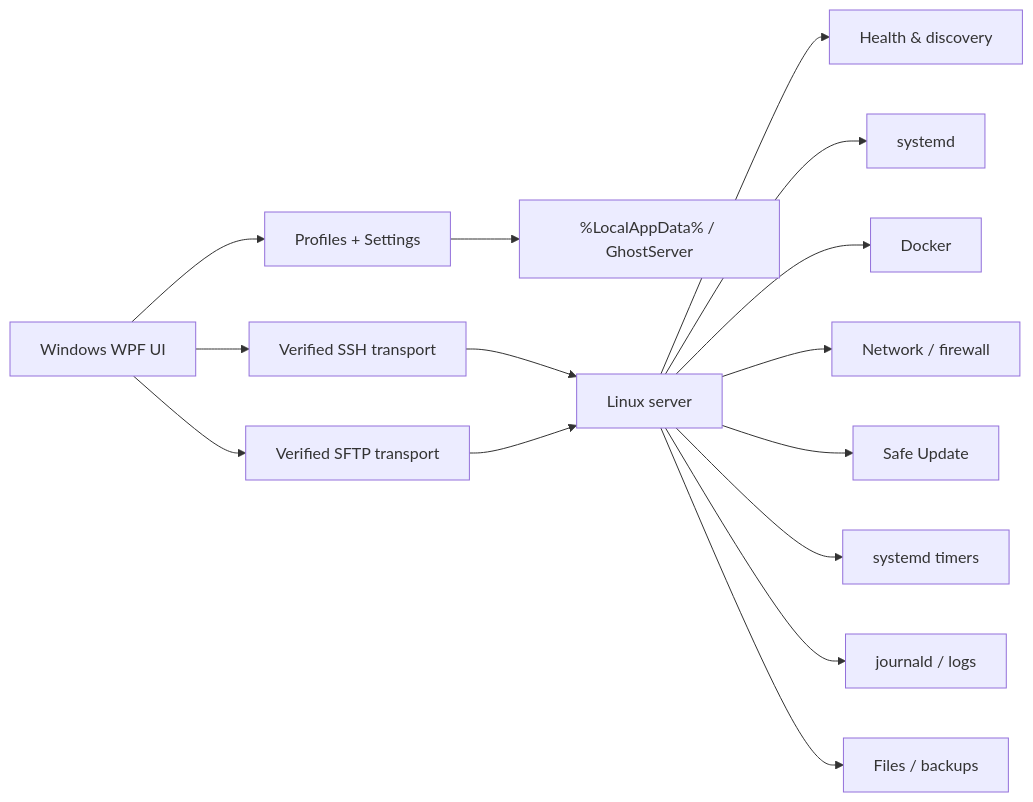
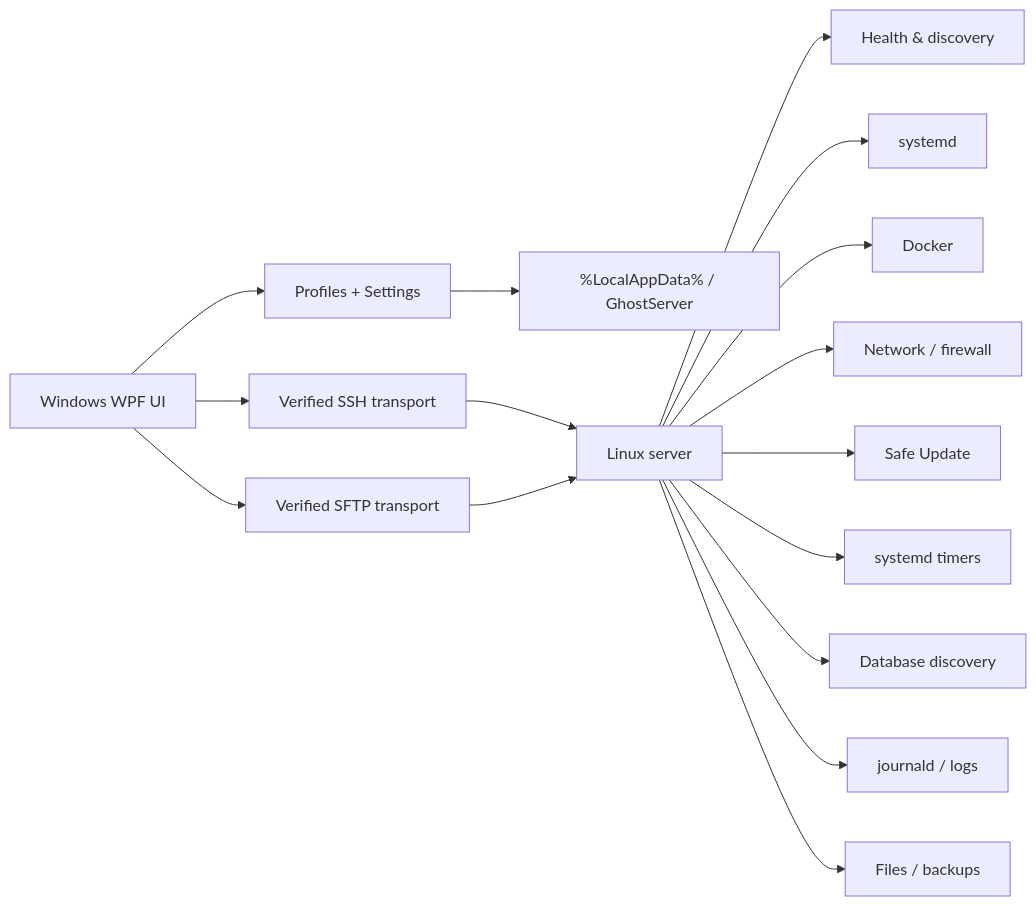
Before and after one commit to bren-wp/Ghost-Server: the diagram in README.md, drawn with Mermaid. The commit also changed other lines of this file and 10 other files, not shown here.

````diff
--- a/README.md
+++ b/README.md
@@ -178,19 +179,20 @@
 ```mermaid
 flowchart LR
     UI["Windows WPF UI"] --> Profiles["Profiles + Settings"]
     UI --> SSH["Verified SSH transport"]
     UI --> SFTP["Verified SFTP transport"]
 
     Profiles --> Local["%LocalAppData% / GhostServer"]
     SSH --> Linux["Linux server"]
     SFTP --> Linux
 
     Linux --> Health["Health & discovery"]
     Linux --> Services["systemd"]
     Linux --> Docker["Docker"]
     Linux --> Network["Network / firewall"]
     Linux --> Updates["Safe Update"]
     Linux --> Tasks["systemd timers"]
+    Linux --> Databases["Database discovery"]
     Linux --> Logs["journald / logs"]
     Linux --> Files["Files / backups"]
 ```
````
